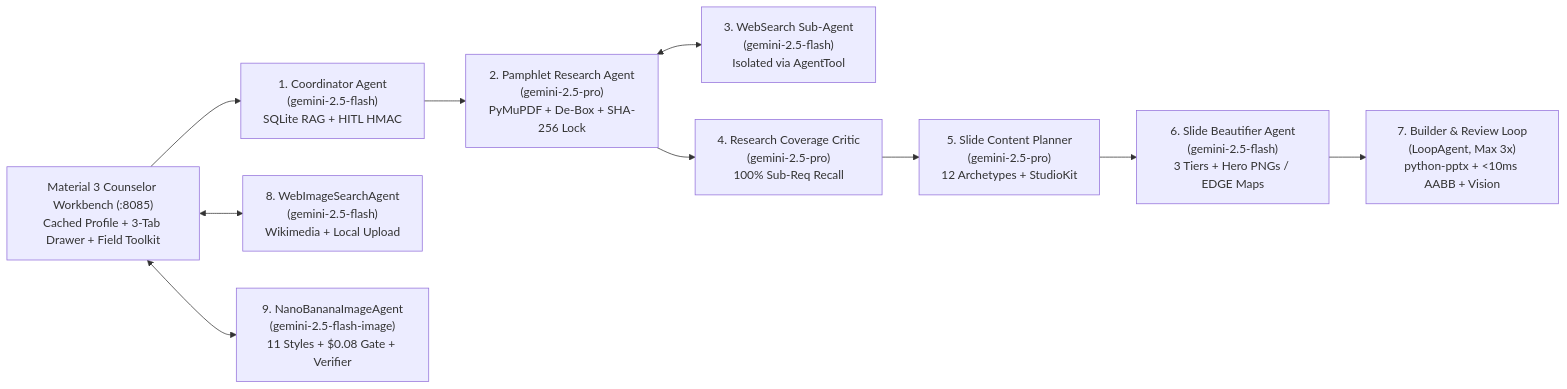
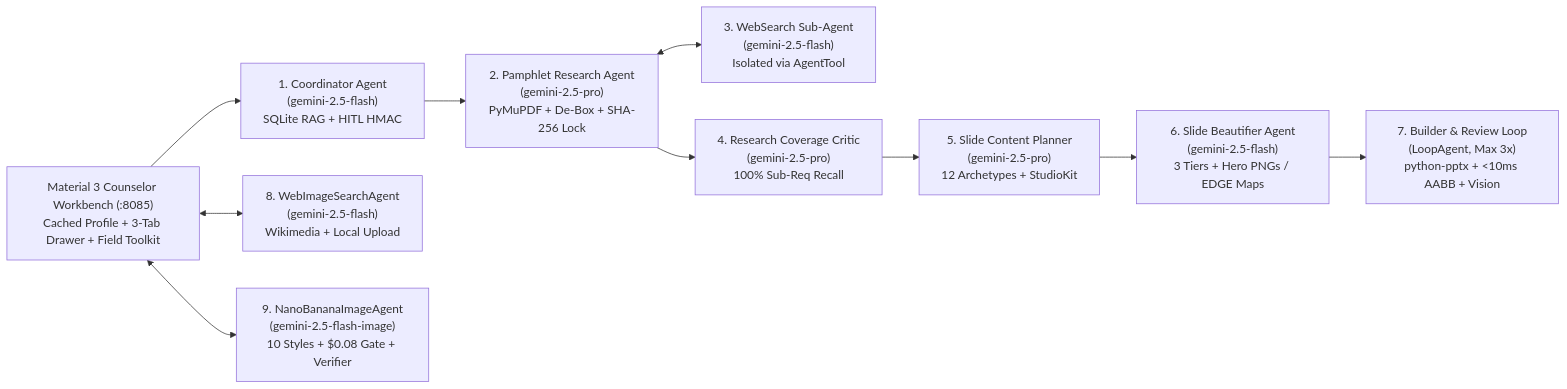
One commit to clayberg/scouts-bsa-merit-badge-agent changed the diagram in docs/TDD.md. Above: the diagram before and after it, drawn with Mermaid. The commit also changed other lines of this file and 35 other files, not shown here.

````diff
--- a/docs/TDD.md
+++ b/docs/TDD.md
@@ -68,12 +68,12 @@
 ```mermaid
 flowchart LR
     UI["Material 3 Counselor Workbench (:8085)\nCached Profile + 3-Tab Drawer + Field Toolkit"] --> COORD["1. Coordinator Agent\n(gemini-2.5-flash)\nSQLite RAG + HITL HMAC"]
     COORD --> RES["2. Pamphlet Research Agent\n(gemini-2.5-pro)\nPyMuPDF + De-Box + SHA-256 Lock"]
     RES <--> SEARCH["3. WebSearch Sub-Agent\n(gemini-2.5-flash)\nIsolated via AgentTool"]
     RES --> RCRIT["4. Research Coverage Critic\n(gemini-2.5-pro)\n100% Sub-Req Recall"]
     RCRIT --> PLAN["5. Slide Content Planner\n(gemini-2.5-pro)\n12 Archetypes + StudioKit"]
     PLAN --> BEAUT["6. Slide Beautifier Agent\n(gemini-2.5-flash)\n3 Tiers + Hero PNGs / EDGE Maps"]
     BEAUT --> LOOP["7. Builder & Review Loop\n(LoopAgent, Max 3x)\npython-pptx + <10ms AABB + Vision"]
     UI <--> IMG_WEB["8. WebImageSearchAgent\n(gemini-2.5-flash)\nWikimedia + Local Upload"]
-    UI <--> IMG_AI["9. NanoBananaImageAgent\n(gemini-2.5-flash-image)\n11 Styles + $0.08 Gate + Verifier"]
+    UI <--> IMG_AI["9. NanoBananaImageAgent\n(gemini-2.5-flash-image)\n10 Styles + $0.08 Gate + Verifier"]
 ```
````
